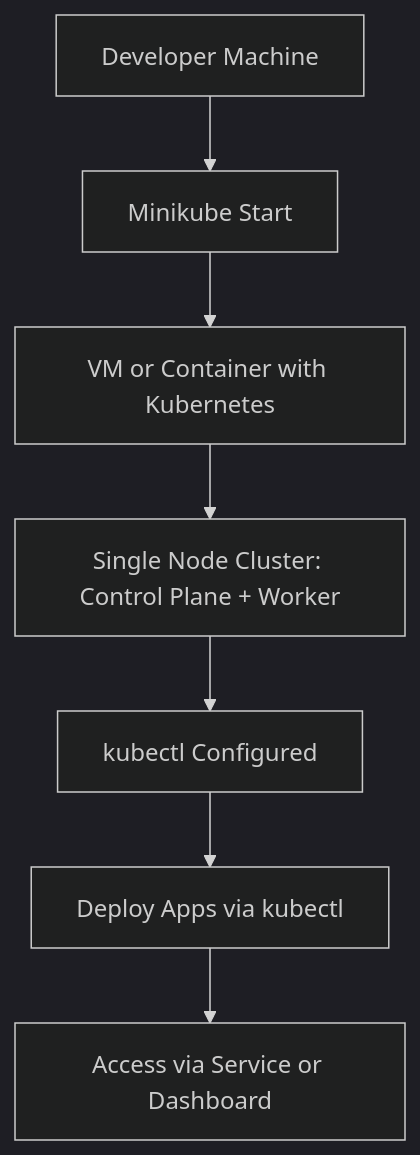
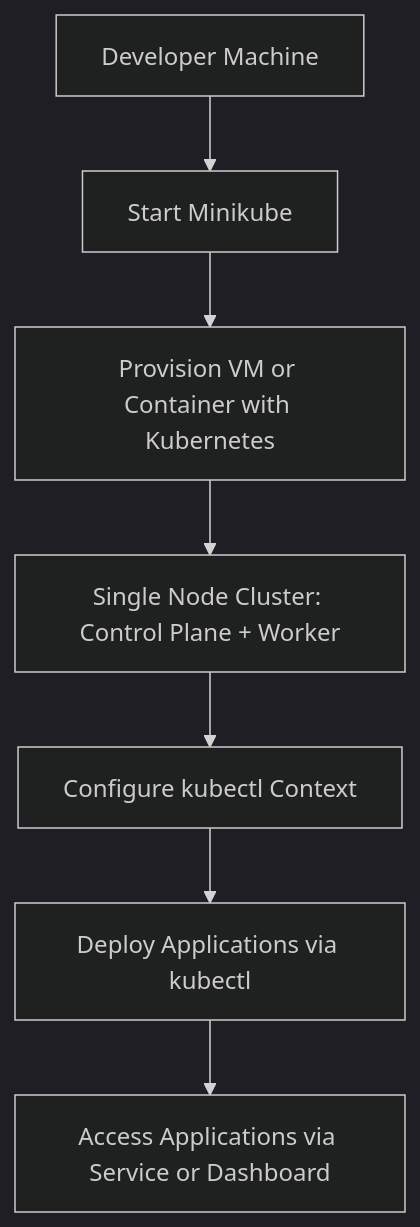
Before and after one commit to Sruthi-22012002/DevOps-Azure: the first of 2 diagrams in Azure/Kubernetes.md, drawn with Mermaid (dark theme). The commit also changed other lines of this file, not shown here.

Commit message:
Kubernetes.md

````diff
--- a/Azure/Kubernetes.md
+++ b/Azure/Kubernetes.md
@@ -121,9 +121,9 @@
 ```mermaid
 graph TD
-A[Developer Machine] --> B[Minikube Start]
-B --> C[VM or Container with Kubernetes]
-C --> D[Single Node Cluster: Control Plane + Worker]
-D --> E[kubectl Configured]
-E --> F[Deploy Apps via kubectl]
-F --> G[Access via Service or Dashboard]
+A[Developer Machine] --> B[Start Minikube]
+B --> C[Provision VM or Container with Kubernetes]
+C --> D["Single Node Cluster: Control Plane + Worker"]
+D --> E[Configure kubectl Context]
+E --> F[Deploy Applications via kubectl]
+F --> G[Access Applications via Service or Dashboard]
 ```
````
